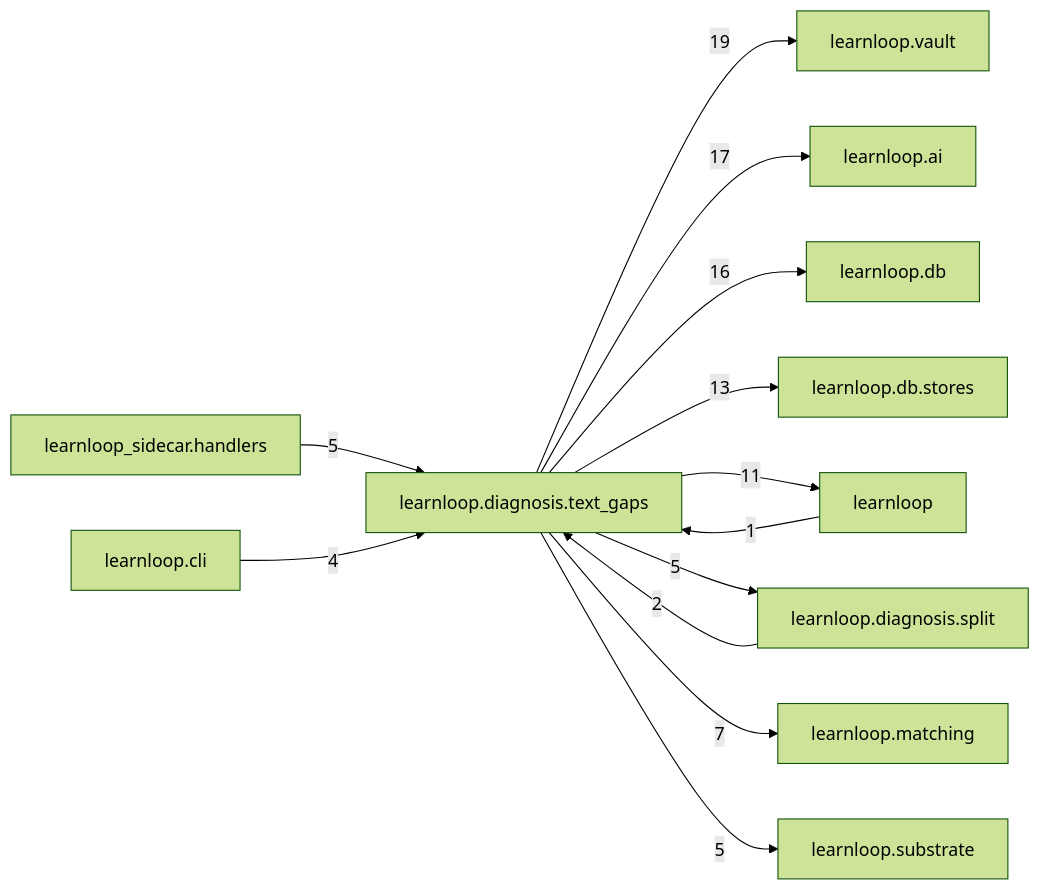
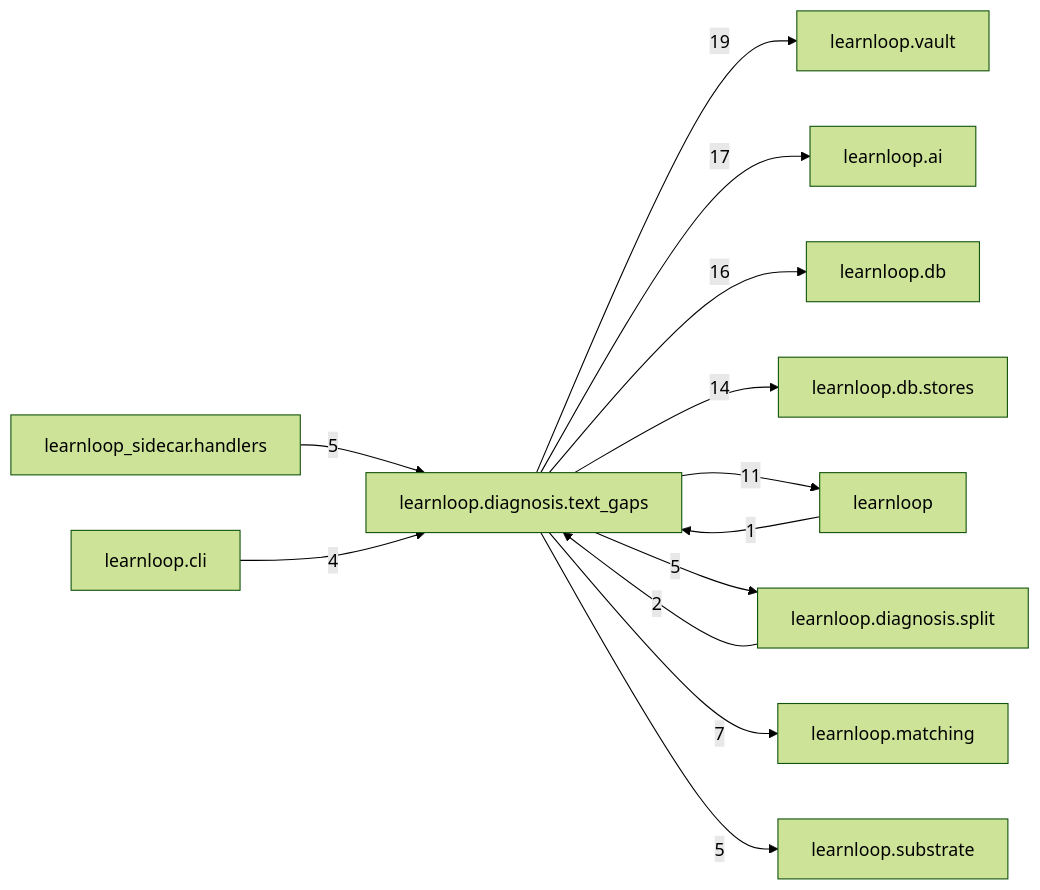
One commit to 6up-b/learnanything changed the diagram in docs/learnloop-architecture-vault/Reference/Modules/learnloop/diagnosis/text_gaps/_package.md. Above: the diagram before and after it, drawn with Mermaid (forest theme). The commit also changed other lines of this file and 89 other files, not shown here.

````diff
--- a/docs/learnloop-architecture-vault/Reference/Modules/learnloop/diagnosis/text_gaps/_package.md
+++ b/docs/learnloop-architecture-vault/Reference/Modules/learnloop/diagnosis/text_gaps/_package.md
@@ -114,26 +114,26 @@
 ```mermaid
 flowchart LR
     center["learnloop.diagnosis.text_gaps"]
     n_learnloop_vault["learnloop.vault"]
     n_learnloop_ai["learnloop.ai"]
     n_learnloop_db["learnloop.db"]
     n_learnloop_db_stores["learnloop.db.stores"]
     n_learnloop["learnloop"]
     n_learnloop_diagnosis_split["learnloop.diagnosis.split"]
     n_learnloop_matching["learnloop.matching"]
     n_learnloop_substrate["learnloop.substrate"]
     n_learnloop_sidecar_handlers["learnloop_sidecar.handlers"]
     n_learnloop_cli["learnloop.cli"]
     center -->|19| n_learnloop_vault
     center -->|17| n_learnloop_ai
     center -->|16| n_learnloop_db
-    center -->|13| n_learnloop_db_stores
+    center -->|14| n_learnloop_db_stores
     n_learnloop -->|1| center
     center -->|11| n_learnloop
     n_learnloop_diagnosis_split -->|2| center
     center -->|5| n_learnloop_diagnosis_split
     center -->|7| n_learnloop_matching
     center -->|5| n_learnloop_substrate
     n_learnloop_sidecar_handlers -->|5| center
     n_learnloop_cli -->|4| center
 ```
````
